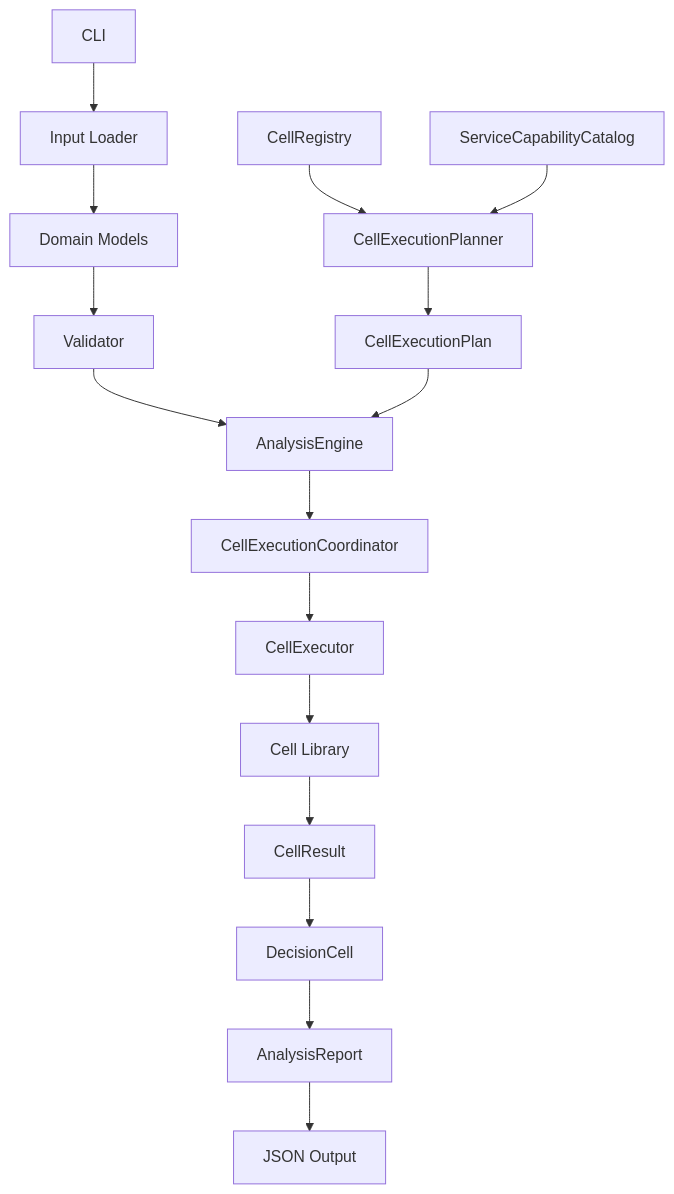
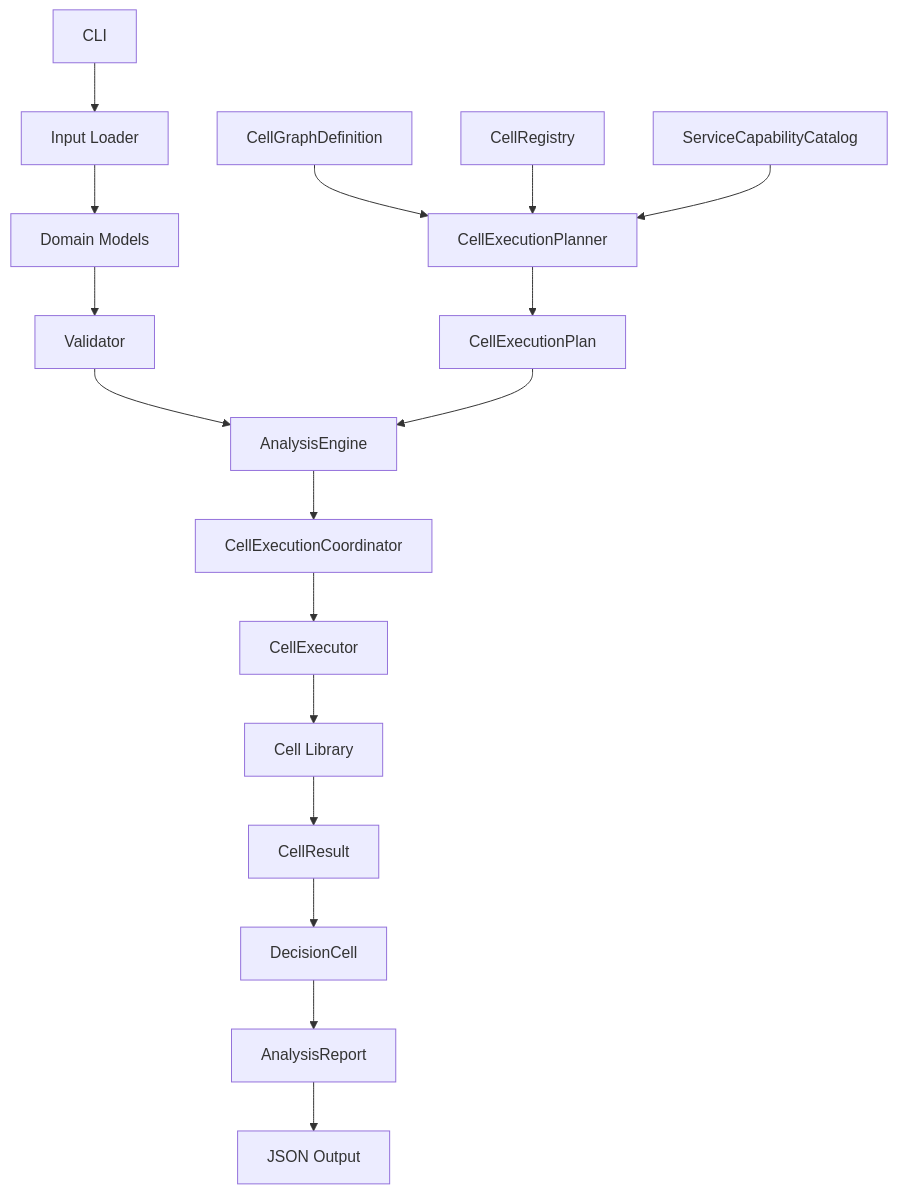
Before and after one commit to ModWU/market-cell: the first of 2 diagrams in docs/backend_design.md, drawn with Mermaid. The commit also changed other lines of this file and 38 other files, not shown here.

Commit message:
Add versioned Cell graph definitions

````diff
--- a/docs/backend_design.md
+++ b/docs/backend_design.md
@@ -25,18 +25,19 @@
 ```mermaid
 flowchart TD
     CLI["CLI"] --> Loader["Input Loader"]
     Loader --> Models["Domain Models"]
     Models --> Validator["Validator"]
     Validator --> Engine["AnalysisEngine"]
-    Registry["CellRegistry"] --> Planner["CellExecutionPlanner"]
+    Graph["CellGraphDefinition"] --> Planner["CellExecutionPlanner"]
+    Registry["CellRegistry"] --> Planner
     Catalog["ServiceCapabilityCatalog"] --> Planner
     Planner --> Plan["CellExecutionPlan"]
     Plan --> Engine
     Engine --> Coordinator["CellExecutionCoordinator"]
     Coordinator --> Executor["CellExecutor"]
     Executor --> Cells["Cell Library"]
     Cells --> Results["CellResult"]
     Results --> Decision["DecisionCell"]
     Decision --> Report["AnalysisReport"]
     Report --> Output["JSON Output"]
 ```
````
